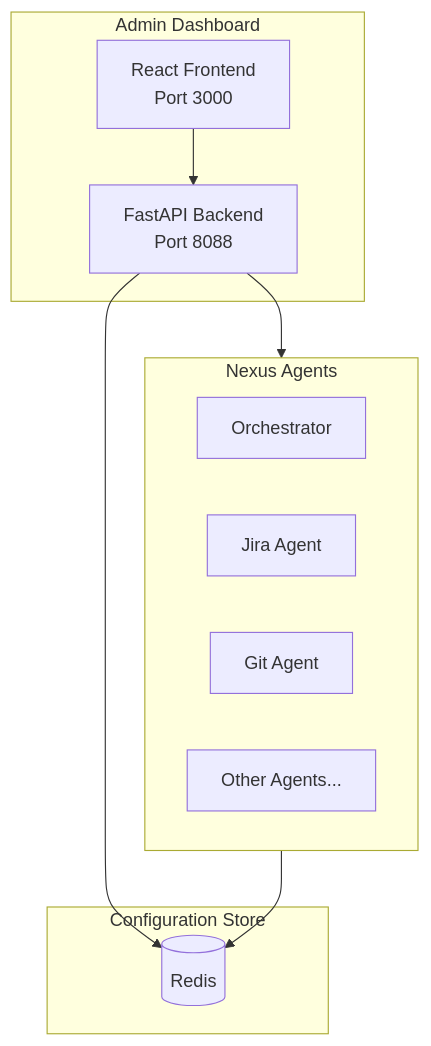
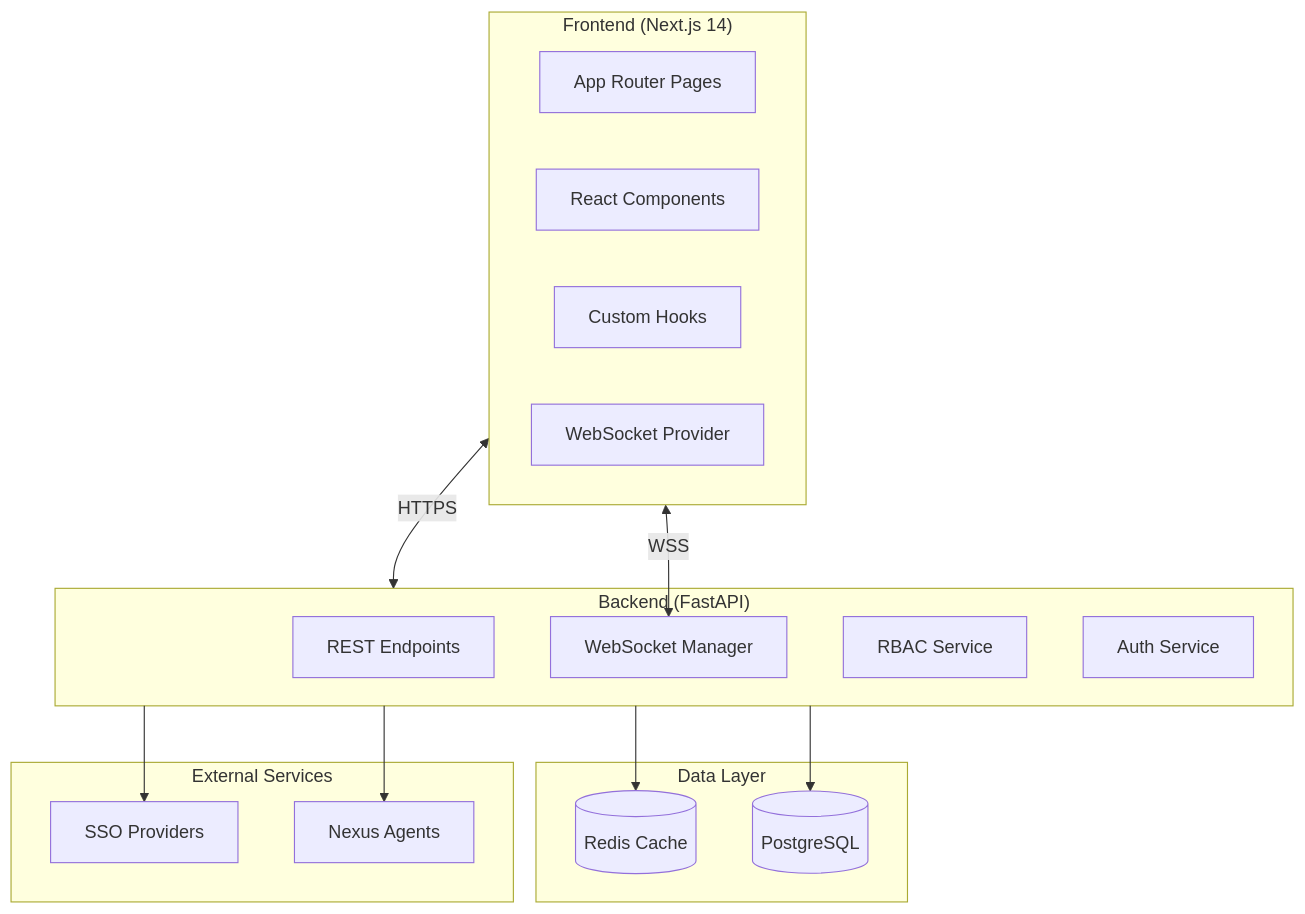
One commit to IKRedHat/Nexus-Release-Readiness-Bot changed the third of 3 diagrams in docs/admin-dashboard.md. Above: the diagram before and after it, drawn with Mermaid. The commit also changed other lines of this file and 17 other files, not shown here.

First line of the commit message:
docs: Complete Admin Dashboard documentation overhaul v3.0.0

````diff
--- a/docs/admin-dashboard.md
+++ b/docs/admin-dashboard.md
@@ -488,24 +478,33 @@
 ```mermaid
 flowchart TB
-    subgraph Dashboard["Admin Dashboard"]
-        Frontend[React Frontend<br/>Port 3000]
-        Backend[FastAPI Backend<br/>Port 8088]
+    subgraph Frontend["Frontend (Next.js 14)"]
+        Pages[App Router Pages]
+        Components[React Components]
+        Hooks[Custom Hooks]
+        WS[WebSocket Provider]
     end
     
-    subgraph Storage["Configuration Store"]
-        Redis[(Redis)]
+    subgraph Backend["Backend (FastAPI)"]
+        API[REST Endpoints]
+        WSM[WebSocket Manager]
+        RBAC[RBAC Service]
+        Auth[Auth Service]
     end
     
-    subgraph Agents["Nexus Agents"]
-        Orchestrator[Orchestrator]
-        JiraAgent[Jira Agent]
-        GitAgent[Git Agent]
-        Others[Other Agents...]
+    subgraph Data["Data Layer"]
+        Redis[(Redis Cache)]
+        PG[(PostgreSQL)]
     end
     
-    Frontend --> Backend
+    subgraph External["External Services"]
+        SSO[SSO Providers]
+        Agents[Nexus Agents]
+    end
+    
+    Frontend <-->|HTTPS| Backend
+    Frontend <-->|WSS| WSM
     Backend --> Redis
+    Backend --> PG
+    Backend --> SSO
     Backend --> Agents
-    
-    Agents --> Redis
 ```
````
